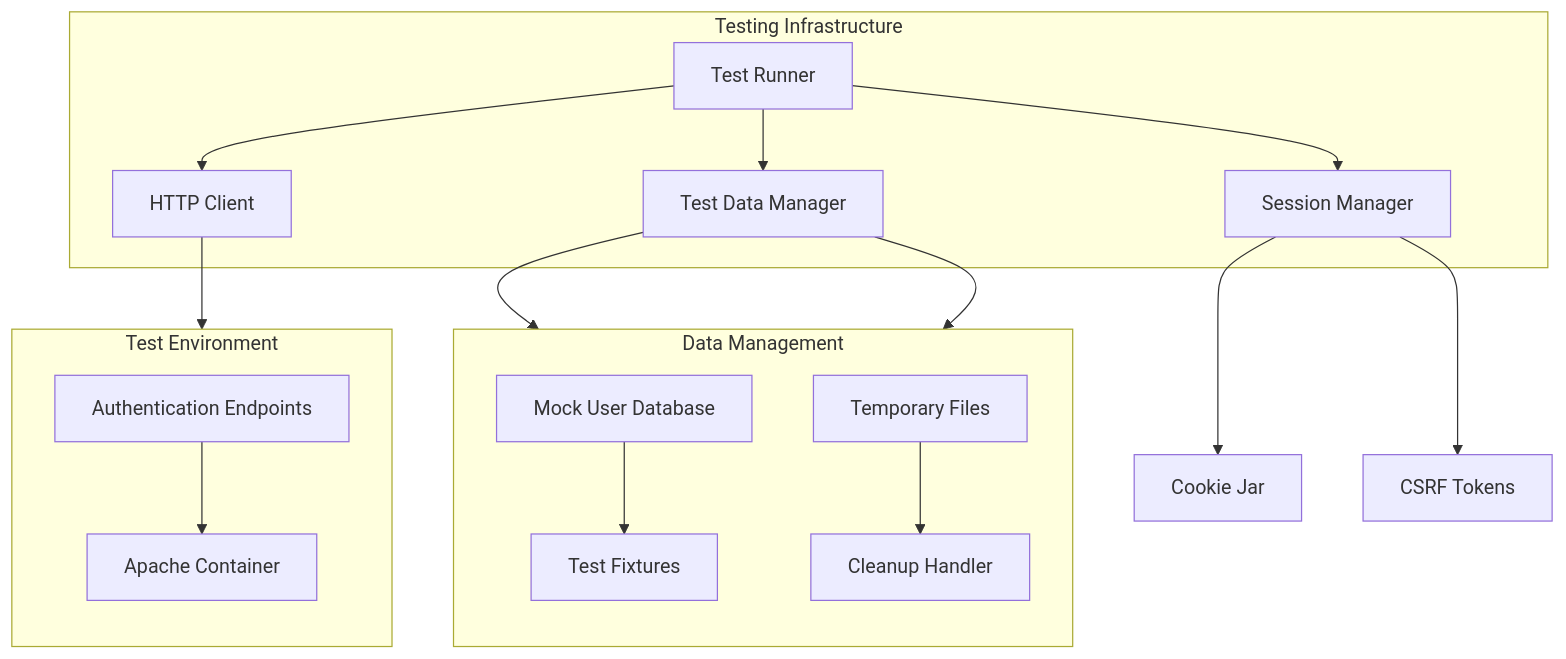
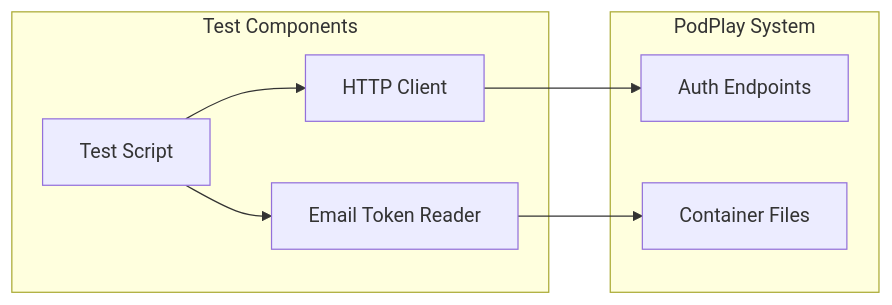
One commit to lakowske/podplay changed the diagram in docs/specs/authentication-testing-framework.md. Above: the diagram before and after it, drawn with Mermaid. The commit also changed other lines of this file and 36 other files, not shown here.

````diff
--- a/docs/specs/authentication-testing-framework.md
+++ b/docs/specs/authentication-testing-framework.md
@@ -38,37 +23,18 @@
 ```mermaid
-flowchart TD
-    A[Test Runner] --> B[HTTP Client]
-    A --> C[Test Data Manager]
-    A --> D[Session Manager]
+flowchart LR
+    A[Test Script] --> B[HTTP Client]
+    B --> C[Auth Endpoints]
+    A --> D[Email Token Reader]
+    D --> E[Container Files]
     
-    B --> E[Authentication Endpoints]
-    C --> F[Mock User Database]
-    C --> G[Temporary Files]
-    D --> H[Cookie Jar]
-    D --> I[CSRF Tokens]
-    
-    E --> J[Apache Container]
-    F --> K[Test Fixtures]
-    G --> L[Cleanup Handler]
-    
-    subgraph Testing Infrastructure
+    subgraph Test Components
         A
         B
-        C
         D
     end
     
-    subgraph Test Environment
+    subgraph PodPlay System
+        C
         E
-        J
-        direction TB
-    end
-    
-    subgraph Data Management
-        F
-        G
-        K
-        L
-        direction TB
     end
 ```
````
